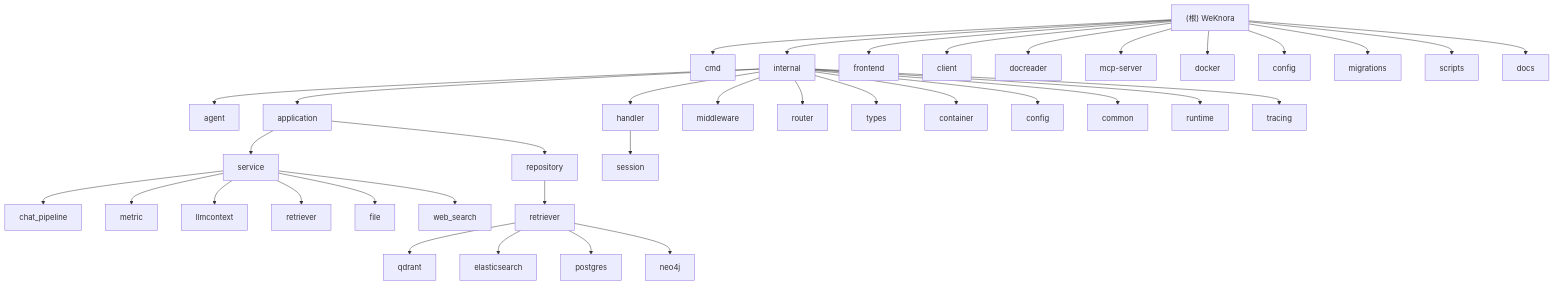
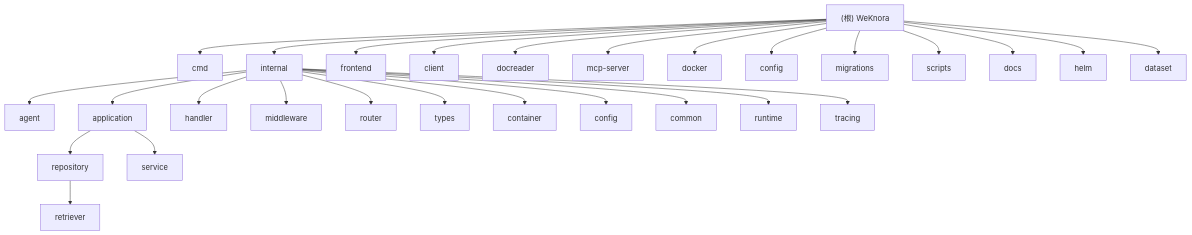
Before and after one commit to afanty2021/WeKnora: the diagram in CLAUDE.md, drawn with Mermaid. The commit also changed other lines of this file and 5 other files, not shown here.

````diff
--- a/CLAUDE.md
+++ b/CLAUDE.md
@@ -33,55 +38,49 @@
 ```mermaid
 graph TD
     A["(根) WeKnora"] --> B["cmd"];
     A --> C["internal"];
     A --> D["frontend"];
     A --> E["client"];
     A --> F["docreader"];
     A --> G["mcp-server"];
     A --> H["docker"];
     A --> I["config"];
     A --> J["migrations"];
     A --> K["scripts"];
     A --> L["docs"];
+    A --> M["helm"];
+    A --> N["dataset"];
 
     C --> C1["agent"];
     C --> C2["application"];
     C --> C3["handler"];
     C --> C4["middleware"];
     C --> C5["router"];
     C --> C6["types"];
     C --> C7["container"];
     C --> C8["config"];
     C --> C9["common"];
     C --> C10["runtime"];
     C --> C11["tracing"];
 
     C2 --> C2a["repository"];
     C2 --> C2b["service"];
 
-    C3 --> C3a["session"];
-    C2b --> C2b1["chat_pipeline"];
-    C2b --> C2b2["metric"];
-    C2b --> C2b3["llmcontext"];
-    C2b --> C2b4["retriever"];
-    C2b --> C2b5["file"];
-    C2b --> C2b6["web_search"];
-
     C2a --> C2a1["retriever"];
-    C2a1 --> C2a1a["qdrant"];
-    C2a1 --> C2a1b["elasticsearch"];
-    C2a1 --> C2a1c["postgres"];
-    C2a1 --> C2a1d["neo4j"];
 
     click B "./cmd/CLAUDE.md" "查看 cmd 模块文档"
     click C "./internal/CLAUDE.md" "查看 internal 模块文档"
+    click C4 "./internal/middleware/CLAUDE.md" "查看 middleware 模块文档"
+    click C5 "./internal/router/CLAUDE.md" "查看 router 模块文档"
     click D "./frontend/CLAUDE.md" "查看 frontend 模块文档"
     click E "./client/CLAUDE.md" "查看 client 模块文档"
     click F "./docreader/CLAUDE.md" "查看 docreader 模块文档"
     click G "./mcp-server/CLAUDE.md" "查看 mcp-server 模块文档"
     click H "./docker/CLAUDE.md" "查看 docker 模块文档"
     click I "./config/CLAUDE.md" "查看 config 模块文档"
     click J "./migrations/CLAUDE.md" "查看 migrations 模块文档"
     click K "./scripts/CLAUDE.md" "查看 scripts 模块文档"
     click L "./docs/CLAUDE.md" "查看 docs 模块文档"
+    click M "./helm/CLAUDE.md" "查看 helm 模块文档"
+    click N "./dataset/CLAUDE.md" "查看 dataset 模块文档"
 ```
````
